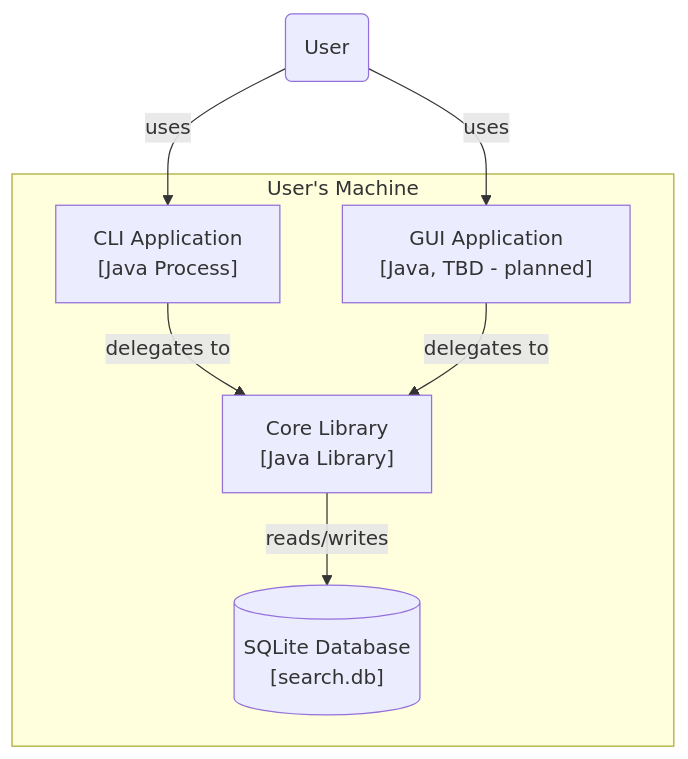
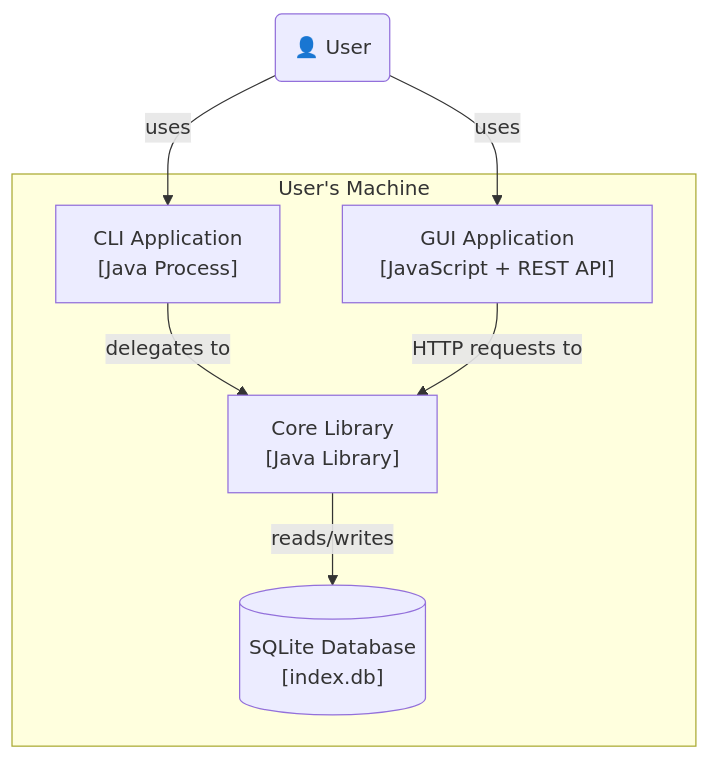
Before and after one commit to ralu2004/Local-File-Search-System: the second of 3 diagrams in ARCHITECTURE.md, drawn with Mermaid. The commit also changed other lines of this file, not shown here.

Commit message:
docs(arch): update ARCHITECTURE.md to describe new design decisions

````diff
--- a/ARCHITECTURE.md
+++ b/ARCHITECTURE.md
@@ -49,17 +55,17 @@
 ```mermaid
 graph TD
-    User(" User")
+    User("👤 User")
 
     subgraph Machine["User's Machine"]
         CLI["CLI Application\n[Java Process]"]
-        GUI["GUI Application\n[Java, TBD - planned]"]
+        GUI["GUI Application\n[JavaScript + REST API]"]
         Core["Core Library\n[Java Library]"]
-        DB[("SQLite Database\n[search.db]")]
+        DB[("SQLite Database\n[index.db]")]
     end
 
     User -->|uses| CLI
     User -->|uses| GUI
     CLI -->|delegates to| Core
-    GUI -->|delegates to| Core
+    GUI -->|HTTP requests to| Core
     Core -->|reads/writes| DB
 ```
````
